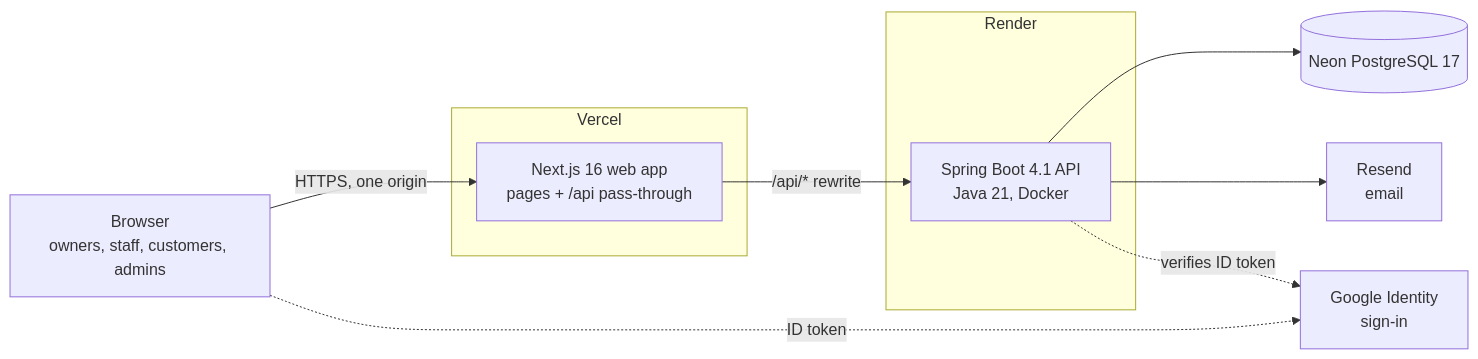
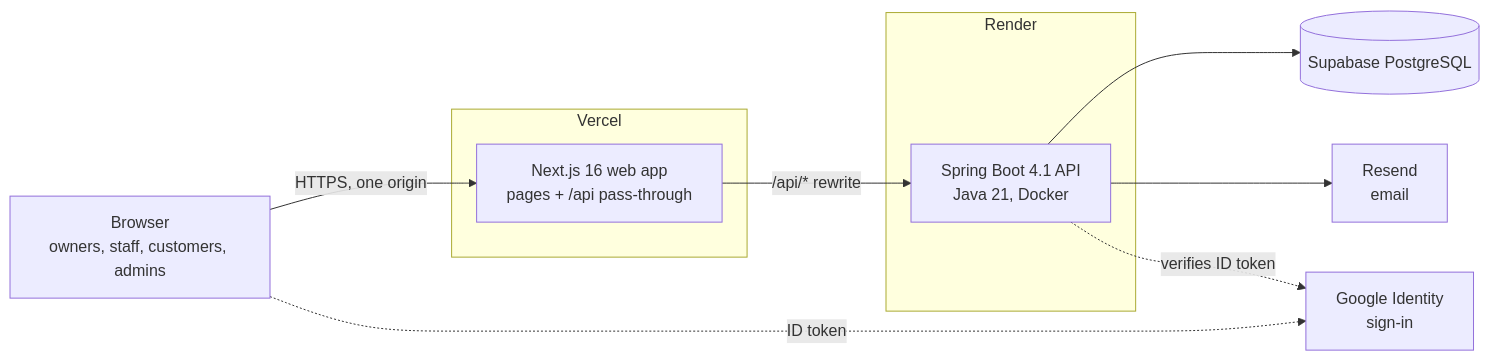
One commit to Nitinr0306/Managio-Business-Management-System- changed the first of 11 diagrams in README.md. Above: the diagram before and after it, drawn with Mermaid. The commit also changed other lines of this file and 20 other files, not shown here.

````diff
--- a/README.md
+++ b/README.md
@@ -128,20 +128,20 @@
 ```mermaid
 flowchart LR
     browser["Browser<br/>owners, staff, customers, admins"]
     subgraph vercel["Vercel"]
         web["Next.js 16 web app<br/>pages + /api pass-through"]
     end
     subgraph render["Render"]
         api["Spring Boot 4.1 API<br/>Java 21, Docker"]
     end
-    db[("Neon PostgreSQL 17")]
+    db[("Supabase PostgreSQL")]
     resend["Resend<br/>email"]
     google["Google Identity<br/>sign-in"]
 
     browser -->|"HTTPS, one origin"| web
     web -->|"/api/* rewrite"| api
     api --> db
     api --> resend
     browser -.->|"ID token"| google
     api -.->|"verifies ID token"| google
 ```
````
